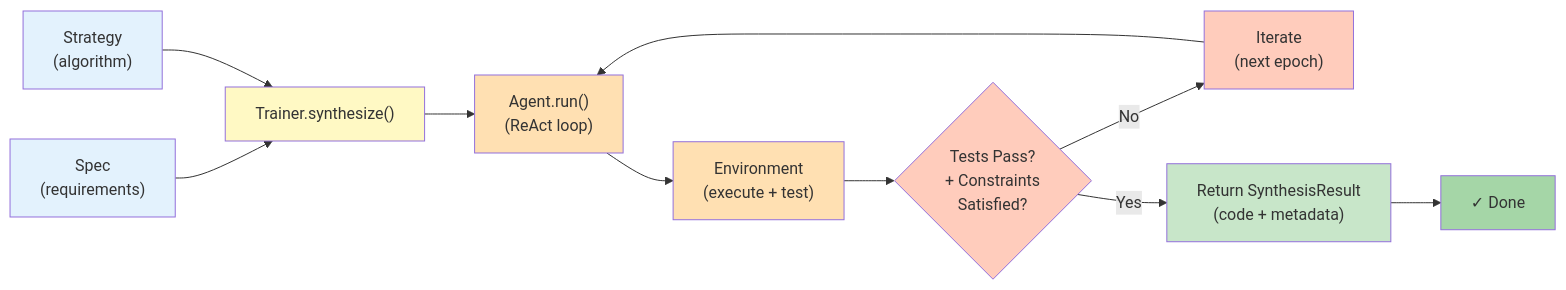
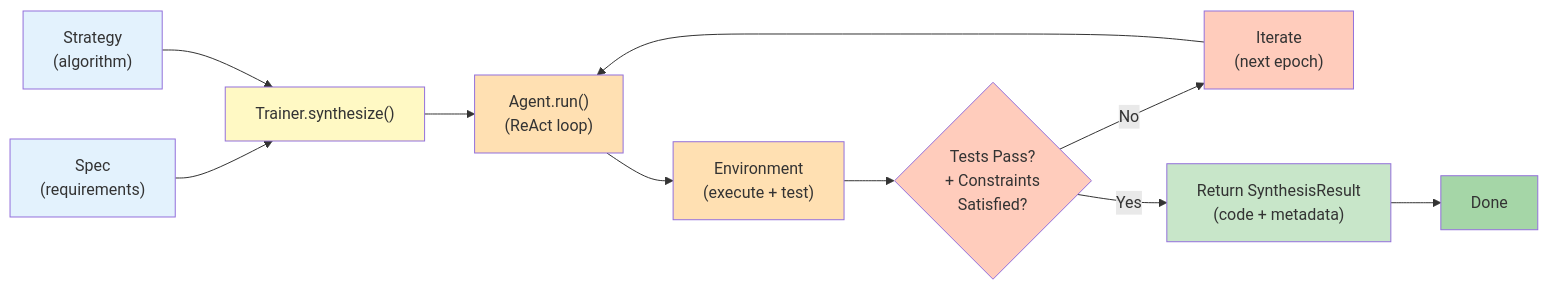
One commit to 0bserver07/chimera changed the fourth of 4 diagrams in docs/architecture.md. Above: the diagram before and after it, drawn with Mermaid. The commit also changed other lines of this file, not shown here.

First line of the commit message:
docs: update architecture to 8-layer stack with full module map

````diff
--- a/docs/architecture.md
+++ b/docs/architecture.md
@@ -242,31 +376,31 @@
 ```mermaid
 flowchart LR
     Spec["Spec<br/>(requirements)"]
     Strategy["Strategy<br/>(algorithm)"]
 
     Spec --> Synthesize["Trainer.synthesize()"]
     Strategy --> Synthesize
 
     Synthesize --> AgentRun["Agent.run()<br/>(ReAct loop)"]
 
     AgentRun --> Env["Environment<br/>(execute + test)"]
 
     Env --> TestPass{Tests Pass?<br/>+ Constraints<br/>Satisfied?}
 
     TestPass -->|No| Iterate["Iterate<br/>(next epoch)"]
     Iterate --> AgentRun
 
     TestPass -->|Yes| Return["Return SynthesisResult<br/>(code + metadata)"]
 
-    Return --> End["✓ Done"]
+    Return --> End["Done"]
 
     style Spec fill:#e3f2fd
     style Strategy fill:#e3f2fd
     style Synthesize fill:#fff9c4
     style AgentRun fill:#ffe0b2
     style Env fill:#ffe0b2
     style TestPass fill:#ffccbc
     style Iterate fill:#ffccbc
     style Return fill:#c8e6c9
     style End fill:#a5d6a7
 ```
````
